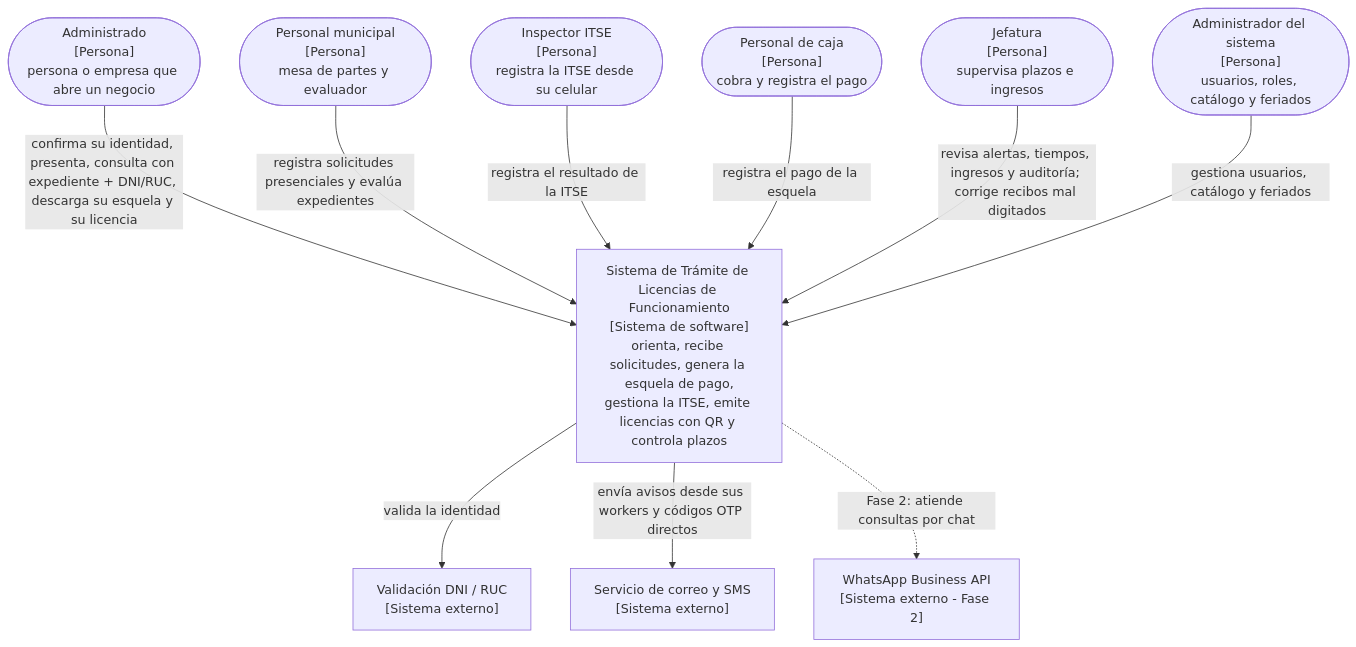
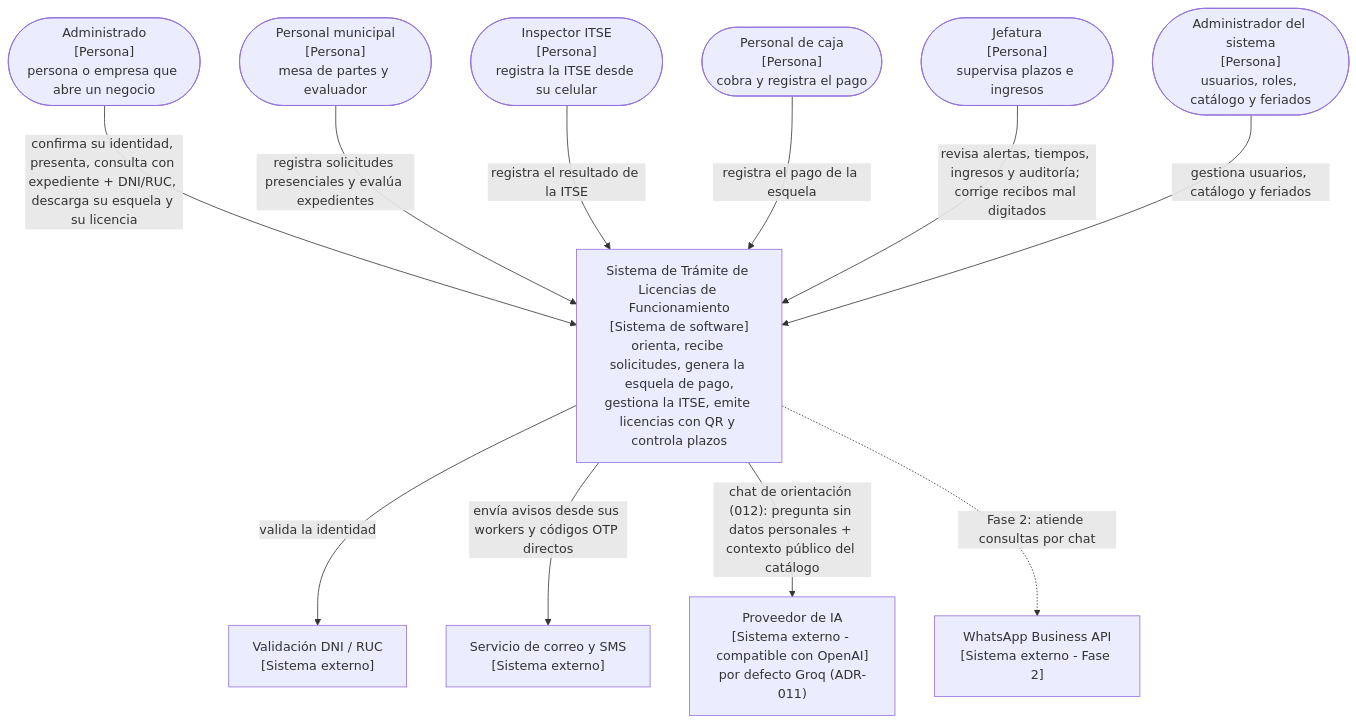
One commit to yeymyloson18/Licencias-Huanta-arquitSoft-JEIMY changed the diagram in docs/04-modelo-c4/Nivel1-DiagramadeContextodelSistema.md. Above: the diagram before and after it, drawn with Mermaid. The commit also changed other lines of this file and 89 other files, not shown here.

````diff
--- a/docs/04-modelo-c4/Nivel1-DiagramadeContextodelSistema.md
+++ b/docs/04-modelo-c4/Nivel1-DiagramadeContextodelSistema.md
@@ -6,26 +6,28 @@
 ```mermaid
 flowchart TB
     Adm(["Administrado<br/>[Persona]<br/>persona o empresa que abre un negocio"])
     Per(["Personal municipal<br/>[Persona]<br/>mesa de partes y evaluador"])
     Insp(["Inspector ITSE<br/>[Persona]<br/>registra la ITSE desde su celular"])
     Caja(["Personal de caja<br/>[Persona]<br/>cobra y registra el pago"])
     Jef(["Jefatura<br/>[Persona]<br/>supervisa plazos e ingresos"])
     AdmS(["Administrador del sistema<br/>[Persona]<br/>usuarios, roles, catálogo y feriados"])
 
     Sis["Sistema de Trámite de Licencias de Funcionamiento<br/>[Sistema de software]<br/>orienta, recibe solicitudes, genera la esquela de pago,<br/>gestiona la ITSE, emite licencias con QR y controla plazos"]
 
     Ident["Validación DNI / RUC<br/>[Sistema externo]"]
     Msg["Servicio de correo y SMS<br/>[Sistema externo]"]
+    IA["Proveedor de IA<br/>[Sistema externo - compatible con OpenAI]<br/>por defecto Groq (ADR-011)"]
     WA["WhatsApp Business API<br/>[Sistema externo - Fase 2]"]
 
     Adm -->|"confirma su identidad, presenta, consulta con expediente + DNI/RUC, descarga su esquela y su licencia"| Sis
     Per -->|"registra solicitudes presenciales y evalúa expedientes"| Sis
     Insp -->|"registra el resultado de la ITSE"| Sis
     Caja -->|"registra el pago de la esquela"| Sis
     Jef -->|"revisa alertas, tiempos, ingresos y auditoría; corrige recibos mal digitados"| Sis
     AdmS -->|"gestiona usuarios, catálogo y feriados"| Sis
 
     Sis -->|"valida la identidad"| Ident
     Sis -->|"envía avisos desde sus workers y códigos OTP directos"| Msg
+    Sis -->|"chat de orientación (012): pregunta sin datos personales + contexto público del catálogo"| IA
     Sis -.->|"Fase 2: atiende consultas por chat"| WA
 ```
````
